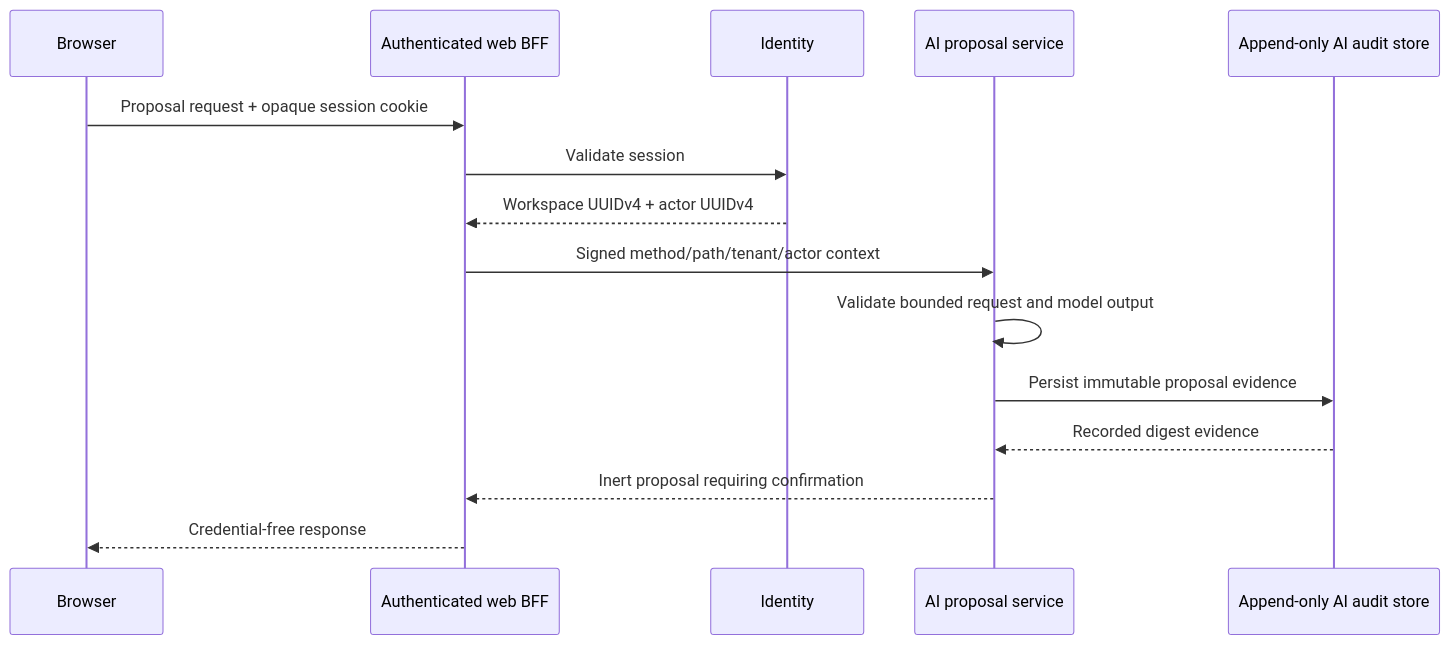
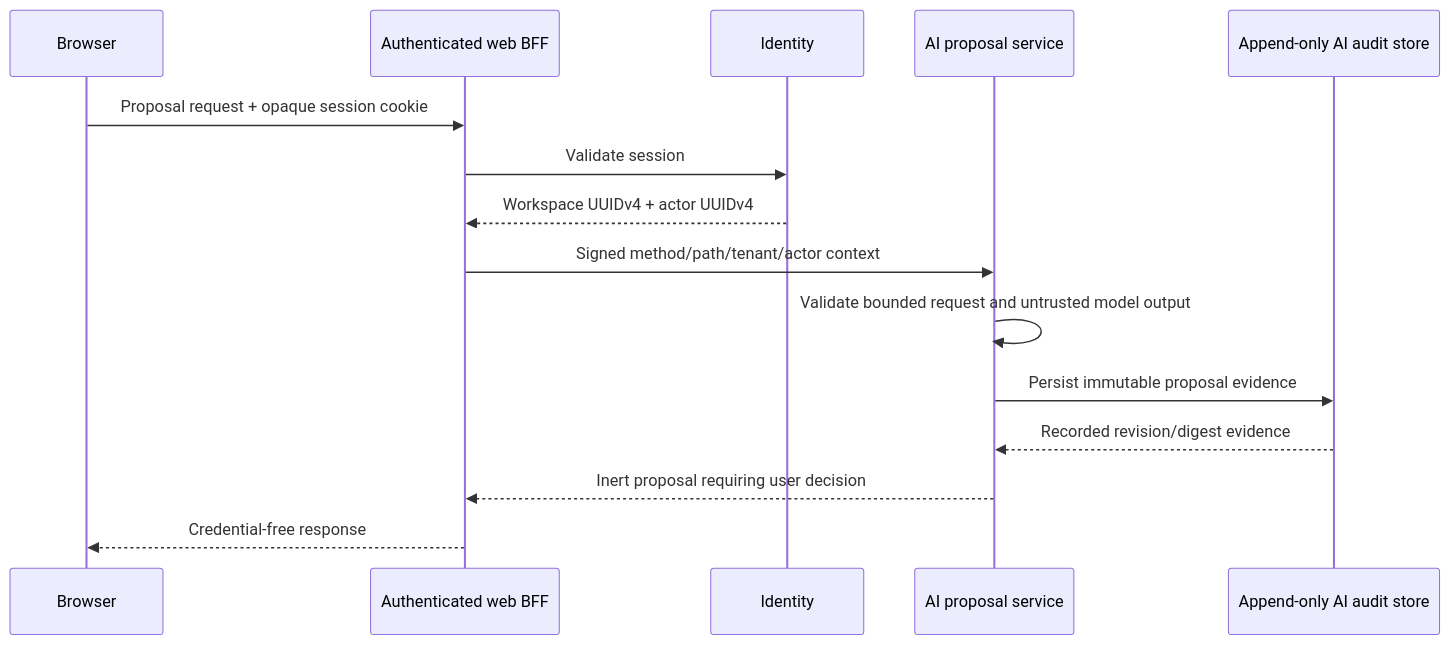
The second of 3 diagrams in ARCHITECTURE.md (ContextualWisdomLab/life-os), drawn with Mermaid before and after one commit. The commit also changed other lines of this file, not shown here.

Commit message:
docs: align root architecture with current bounded contexts

````diff
--- a/ARCHITECTURE.md
+++ b/ARCHITECTURE.md
@@ -48,18 +78,18 @@
 ```mermaid
 sequenceDiagram
     participant Browser
     participant Web as Authenticated web BFF
     participant Identity
     participant AI as AI proposal service
     participant Audit as Append-only AI audit store
 
     Browser->>Web: Proposal request + opaque session cookie
     Web->>Identity: Validate session
     Identity-->>Web: Workspace UUIDv4 + actor UUIDv4
     Web->>AI: Signed method/path/tenant/actor context
-    AI->>AI: Validate bounded request and model output
+    AI->>AI: Validate bounded request and untrusted model output
     AI->>Audit: Persist immutable proposal evidence
-    Audit-->>AI: Recorded digest evidence
-    AI-->>Web: Inert proposal requiring confirmation
+    Audit-->>AI: Recorded revision/digest evidence
+    AI-->>Web: Inert proposal requiring user decision
     Web-->>Browser: Credential-free response
 ```
````
